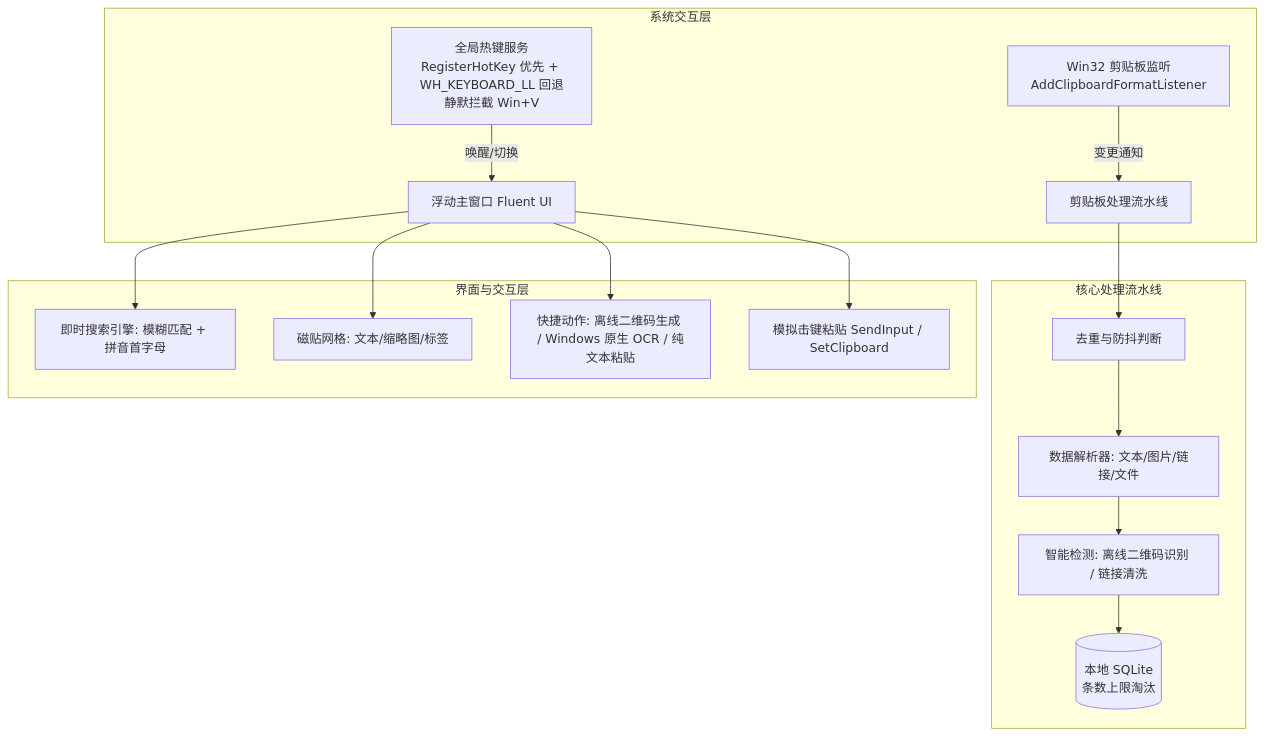
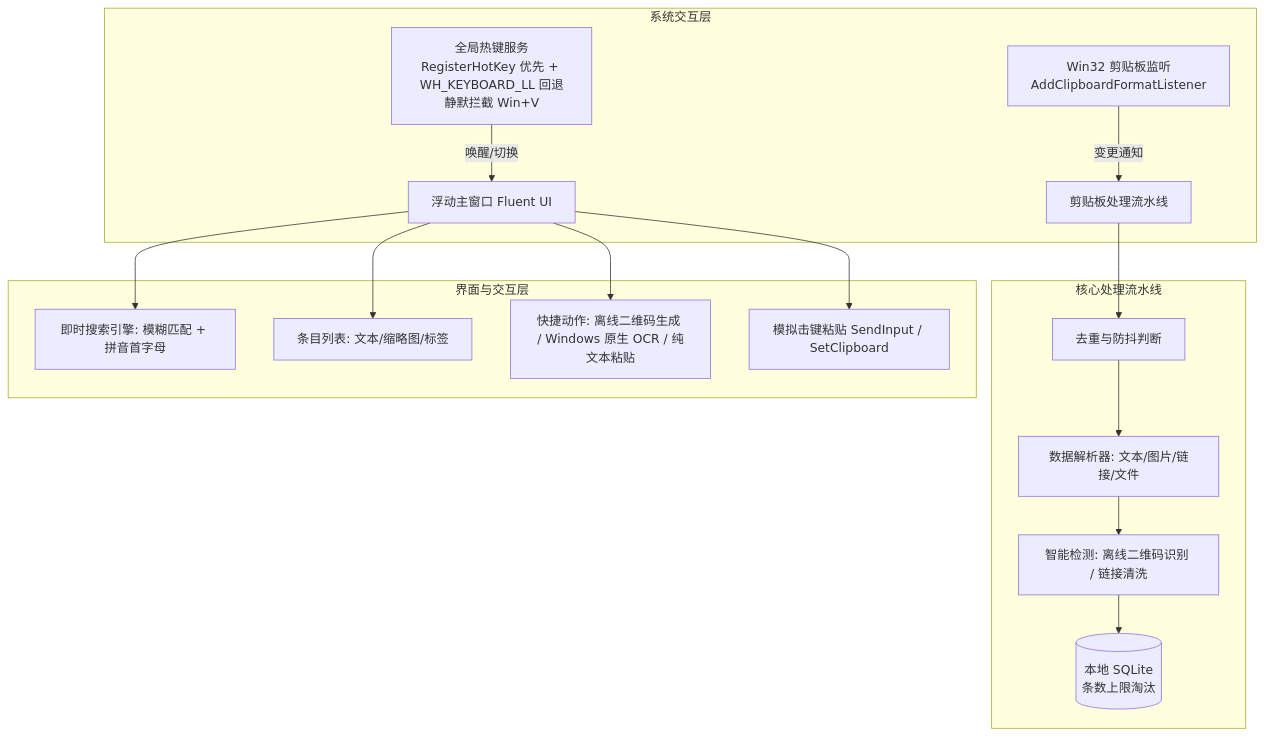
The diagram in docs/DESIGN.md (wlight/quick-clip), drawn with Mermaid before and after one commit. The commit also changed other lines of this file and 6 other files, not shown here.

````diff
--- a/docs/DESIGN.md
+++ b/docs/DESIGN.md
@@ -9,21 +9,21 @@
 ```mermaid
 graph TD
     subgraph 系统交互层
         HK[全局热键服务<br>RegisterHotKey 优先 + WH_KEYBOARD_LL 回退<br>静默拦截 Win+V] -->|唤醒/切换| UI[浮动主窗口 Fluent UI]
         CBM[Win32 剪贴板监听<br>AddClipboardFormatListener] -->|变更通知| PIPE[剪贴板处理流水线]
     end
 
     subgraph 核心处理流水线
         PIPE --> DEDUP[去重与防抖判断]
         DEDUP --> PARSER[数据解析器: 文本/图片/链接/文件]
         PARSER --> SMART[智能检测: 离线二维码识别 / 链接清洗]
         SMART --> DB[(本地 SQLite<br>条数上限淘汰)]
     end
 
     subgraph 界面与交互层
         UI --> SEARCH[即时搜索引擎: 模糊匹配 + 拼音首字母]
-        UI --> LIST[磁贴网格: 文本/缩略图/标签]
+        UI --> LIST[条目列表: 文本/缩略图/标签]
         UI --> ACTIONS[快捷动作: 离线二维码生成 / Windows 原生 OCR / 纯文本粘贴]
         UI --> PASTE[模拟击键粘贴 SendInput / SetClipboard]
     end
 ```
````
